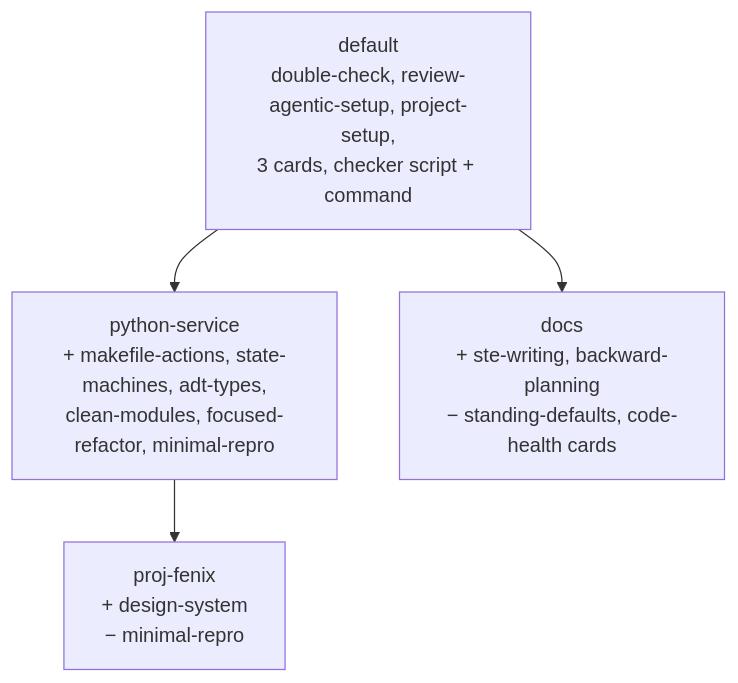
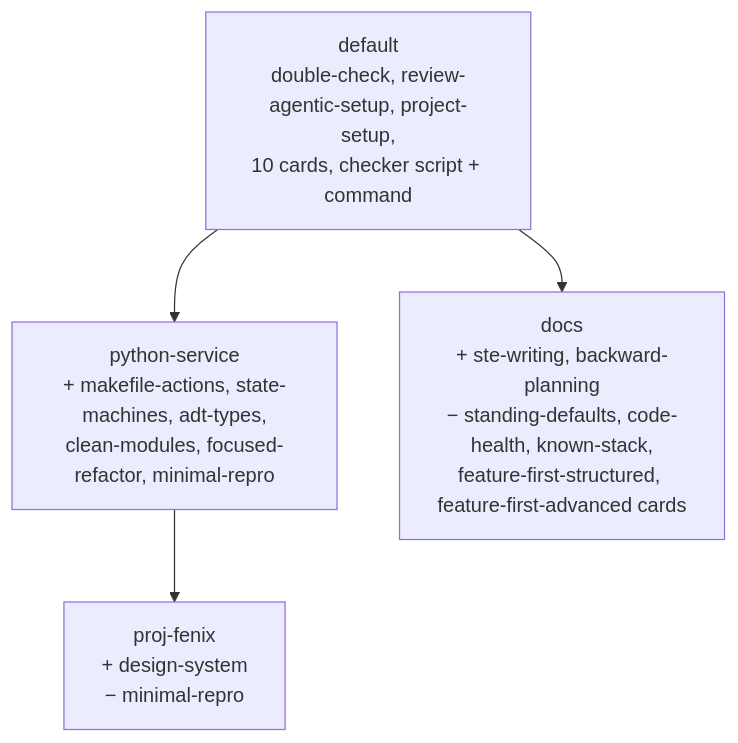
The diagram in README.md (epatel/ast-repo), drawn with Mermaid before and after one commit. The commit also changed other lines of this file and 8 other files, not shown here.

First line of the commit message:
Add the remaining ai.memention.net setup cards to the default set

````diff
--- a/README.md
+++ b/README.md
@@ -26,10 +33,10 @@
 ```mermaid
 flowchart TD
-    default["default<br>double-check, review-agentic-setup, project-setup,<br>3 cards, checker script + command"]
+    default["default<br>double-check, review-agentic-setup, project-setup,<br>10 cards, checker script + command"]
     python["python-service<br>+ makefile-actions, state-machines, adt-types,<br>clean-modules, focused-refactor, minimal-repro"]
-    docs["docs<br>+ ste-writing, backward-planning<br>− standing-defaults, code-health cards"]
+    docs["docs<br>+ ste-writing, backward-planning<br>− standing-defaults, code-health, known-stack,<br>feature-first-structured, feature-first-advanced cards"]
     fenix["proj-fenix<br>+ design-system<br>− minimal-repro"]
     default --> python
     default --> docs
     python --> fenix
 ```
````
